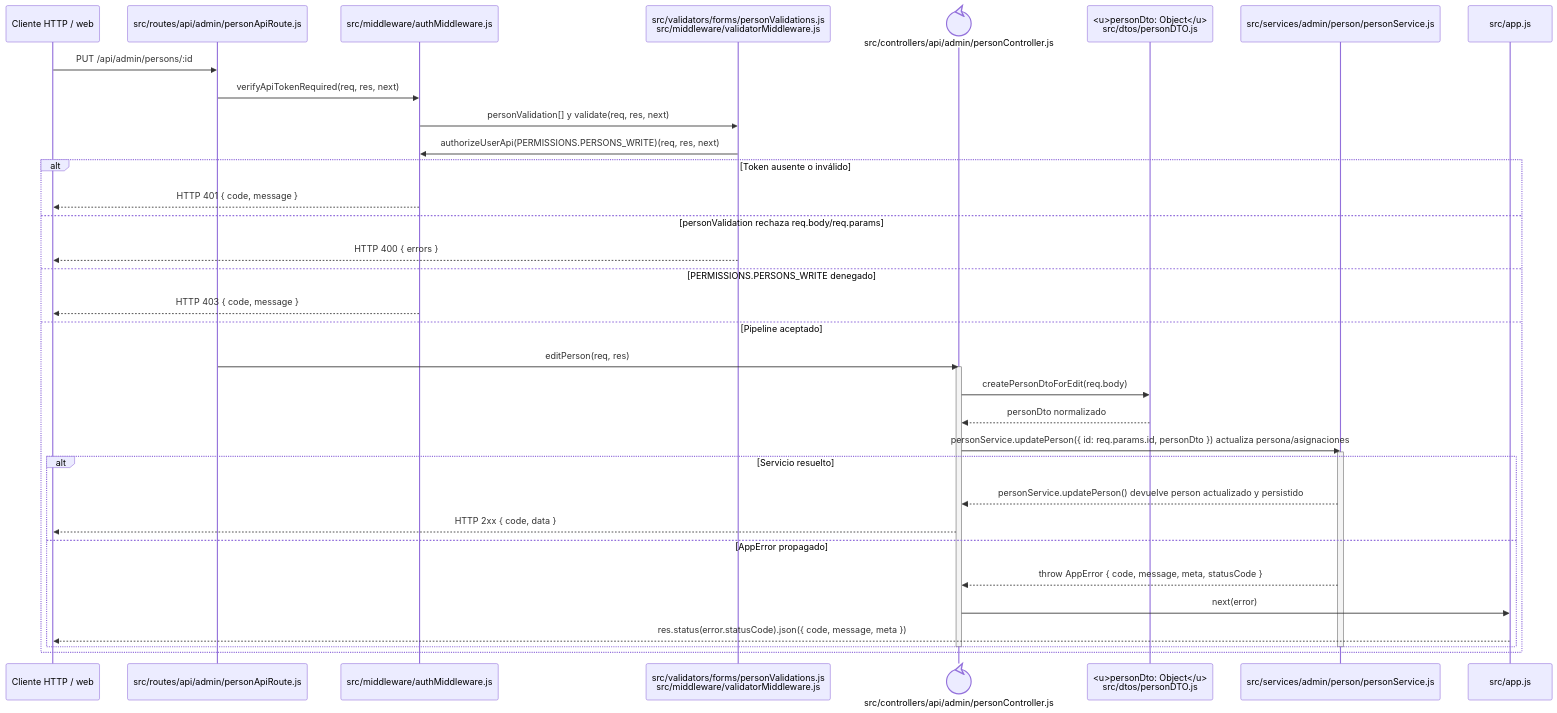
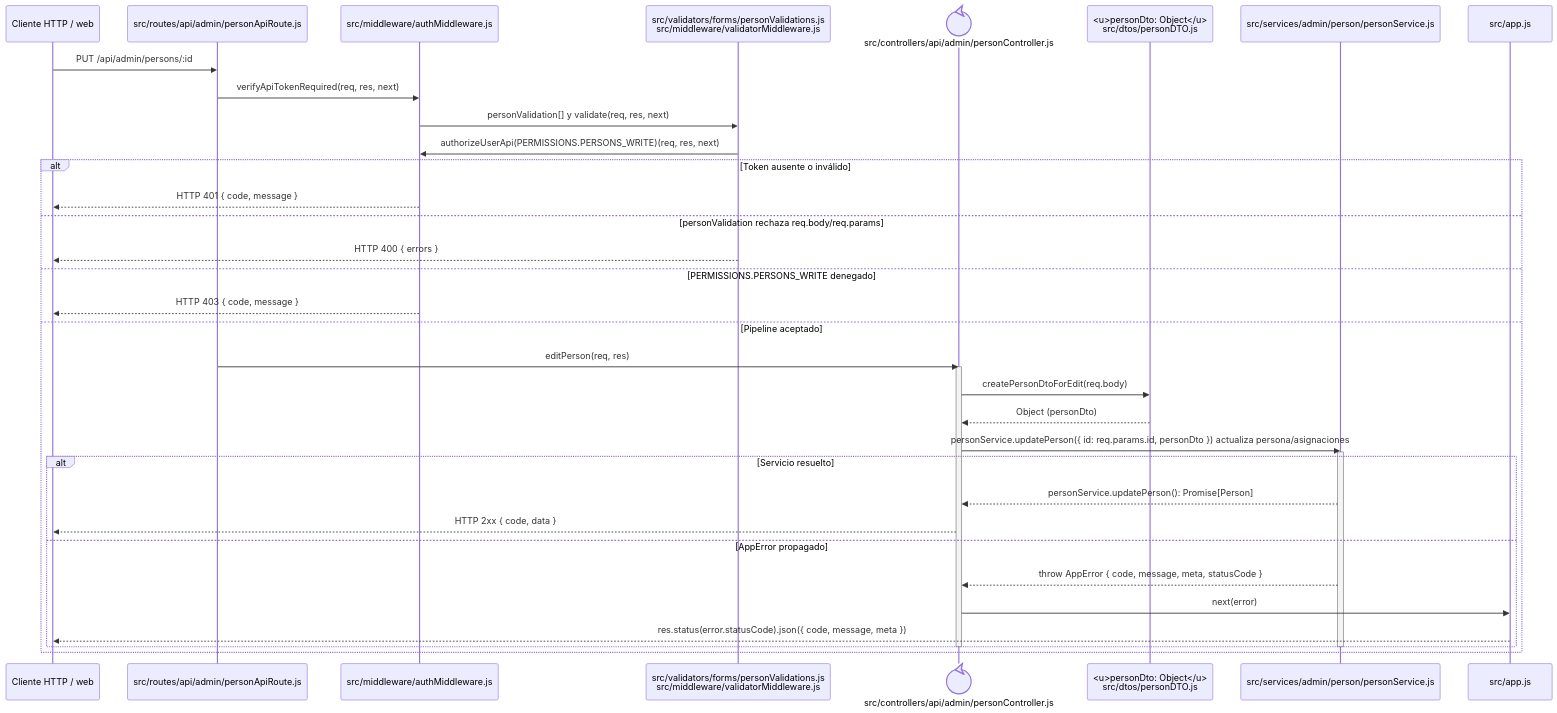
The diagram in docs/architecture/backend-code-sequences/identity-access/cu-ida-03.md (gpgsistemas01/nexus), drawn with Mermaid before and after one commit. The commit also changed 146 other files, not shown here.

````diff
--- a/docs/architecture/backend-code-sequences/identity-access/cu-ida-03.md
+++ b/docs/architecture/backend-code-sequences/identity-access/cu-ida-03.md
@@ -6,40 +6,40 @@
 ```mermaid
 sequenceDiagram
     participant Client as Cliente HTTP / web
     participant Route as src/routes/api/admin/personApiRoute.js
     participant Auth as src/middleware/authMiddleware.js
     participant Validator as src/validators/forms/personValidations.js<br/>src/middleware/validatorMiddleware.js
     participant Controller@{ "type": "control" } as src/controllers/api/admin/personController.js
     participant PersonDto as <u>personDto: Object</u><br/>src/dtos/personDTO.js
     participant Domain as src/services/admin/person/personService.js
     participant ErrorHandler as src/app.js
 
     Client->>Route: PUT /api/admin/persons/:id
     Route->>Auth: verifyApiTokenRequired(req, res, next)
     Auth->>Validator: personValidation[] y validate(req, res, next)
     Validator->>Auth: authorizeUserApi(PERMISSIONS.PERSONS_WRITE)(req, res, next)
     alt Token ausente o inválido
         Auth-->>Client: HTTP 401 { code, message }
     else personValidation rechaza req.body/req.params
         Validator-->>Client: HTTP 400 { errors }
     else PERMISSIONS.PERSONS_WRITE denegado
         Auth-->>Client: HTTP 403 { code, message }
     else Pipeline aceptado
         Route->>Controller: editPerson(req, res)
         activate Controller
         Controller->>PersonDto: createPersonDtoForEdit(req.body)
-        PersonDto-->>Controller: personDto normalizado
+        PersonDto-->>Controller: Object (personDto)
         Controller->>Domain: personService.updatePerson({ id: req.params.id, personDto }) actualiza persona/asignaciones
         activate Domain
         alt Servicio resuelto
-            Domain-->>Controller: personService.updatePerson() devuelve person actualizado y persistido
+            Domain-->>Controller: personService.updatePerson(): Promise[Person]
             Controller-->>Client: HTTP 2xx { code, data }
         else AppError propagado
             Domain-->>Controller: throw AppError { code, message, meta, statusCode }
             Controller->>ErrorHandler: next(error)
             ErrorHandler-->>Client: res.status(error.statusCode).json({ code, message, meta })
         end
         deactivate Domain
         deactivate Controller
     end
 ```
````
